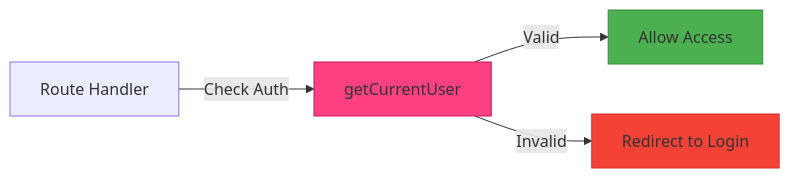
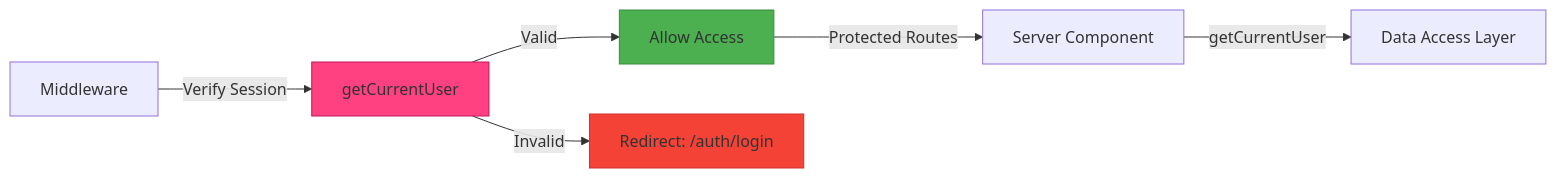
One commit to bk202042/pick changed the third of 4 diagrams in docs/Architecture_Diagrams.md. Above: the diagram before and after it, drawn with Mermaid. The commit also changed other lines of this file and 7 other files, not shown here.

Commit message:
mermaid added to docs

````diff
--- a/docs/Architecture_Diagrams.md
+++ b/docs/Architecture_Diagrams.md
@@ -72,10 +73,13 @@
 ```mermaid
 flowchart LR
-    A[Route Handler] -->|Check Auth| B[getCurrentUser]
+    A[Middleware] -->|Verify Session| B[getCurrentUser]
     B -->|Valid| C[Allow Access]
-    B -->|Invalid| D[Redirect to Login]
+    B -->|Invalid| D[Redirect: /auth/login]
+
+    C -->|Protected Routes| E[Server Component]
+    E -->|getCurrentUser| F[Data Access Layer]
 
     style B fill:#FF4081,stroke:#C2185B
     style C fill:#4CAF50,stroke:#388E3C
     style D fill:#F44336,stroke:#D32F2F
 ```
````
